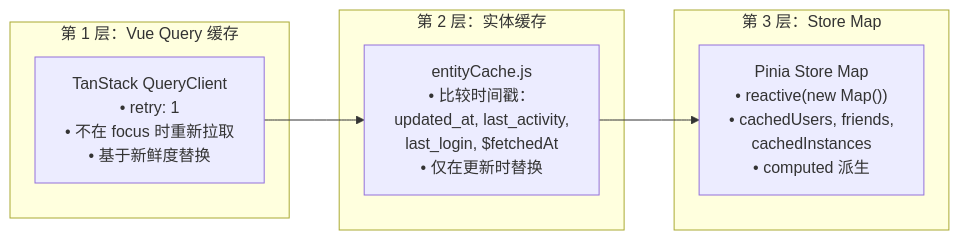
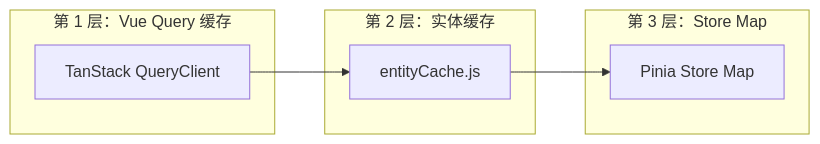
Before and after one commit to Map1en/vrcx-docs: the third of 4 diagrams in zh/architecture/data-flow.md, drawn with Mermaid. The commit also changed other lines of this file and 16 other files, not shown here.

````diff
--- a/zh/architecture/data-flow.md
+++ b/zh/architecture/data-flow.md
@@ -138,14 +148,14 @@
 ```mermaid
 flowchart LR
     subgraph L1["第 1 层：Vue Query 缓存"]
-        QC["TanStack QueryClient<br/>• retry: 1<br/>• 不在 focus 时重新拉取<br/>• 基于新鲜度替换"]
+        QC["TanStack QueryClient"]
     end
     subgraph L2["第 2 层：实体缓存"]
-        EC["entityCache.js<br/>• 比较时间戳：<br/>  updated_at, last_activity,<br/>  last_login, $fetchedAt<br/>• 仅在更新时替换"]
+        EC["entityCache.js"]
     end
     subgraph L3["第 3 层：Store Map"]
-        SM["Pinia Store Map<br/>• reactive(new Map())<br/>• cachedUsers, friends,<br/>  cachedInstances<br/>• computed 派生"]
+        SM["Pinia Store Map"]
     end
 
     QC --> EC --> SM
 ```
````
